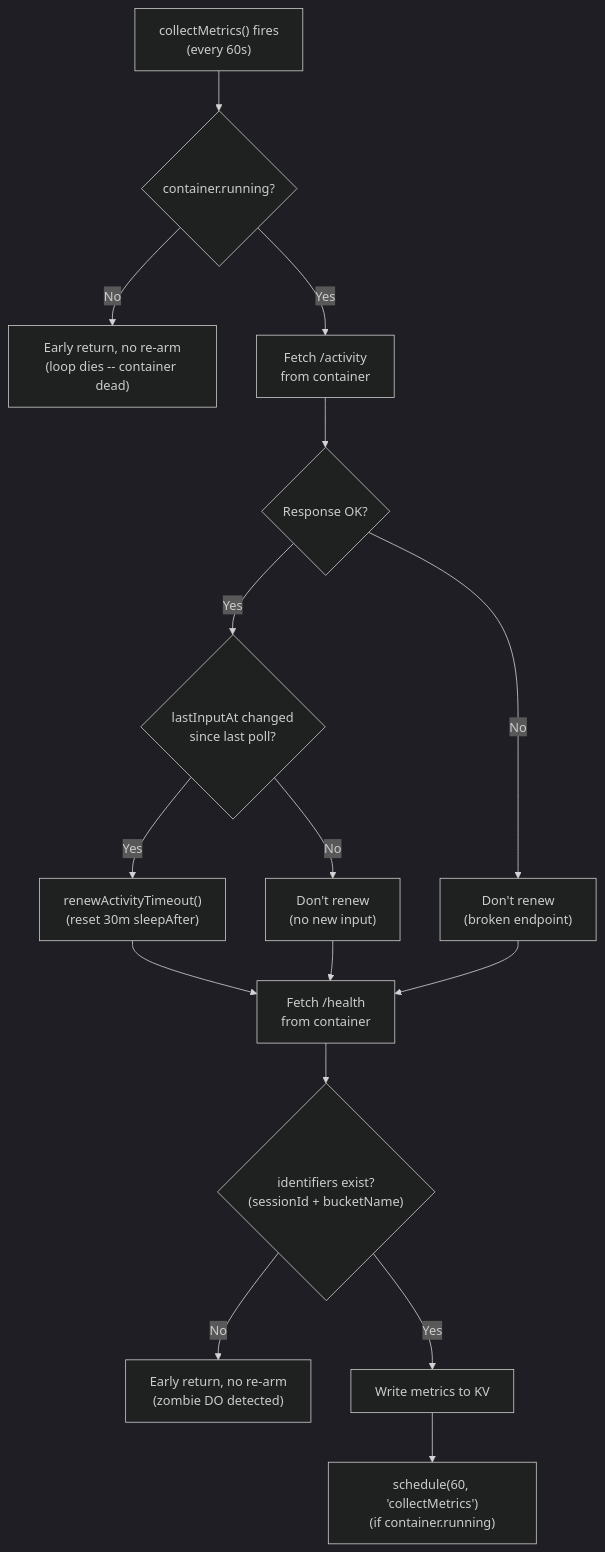
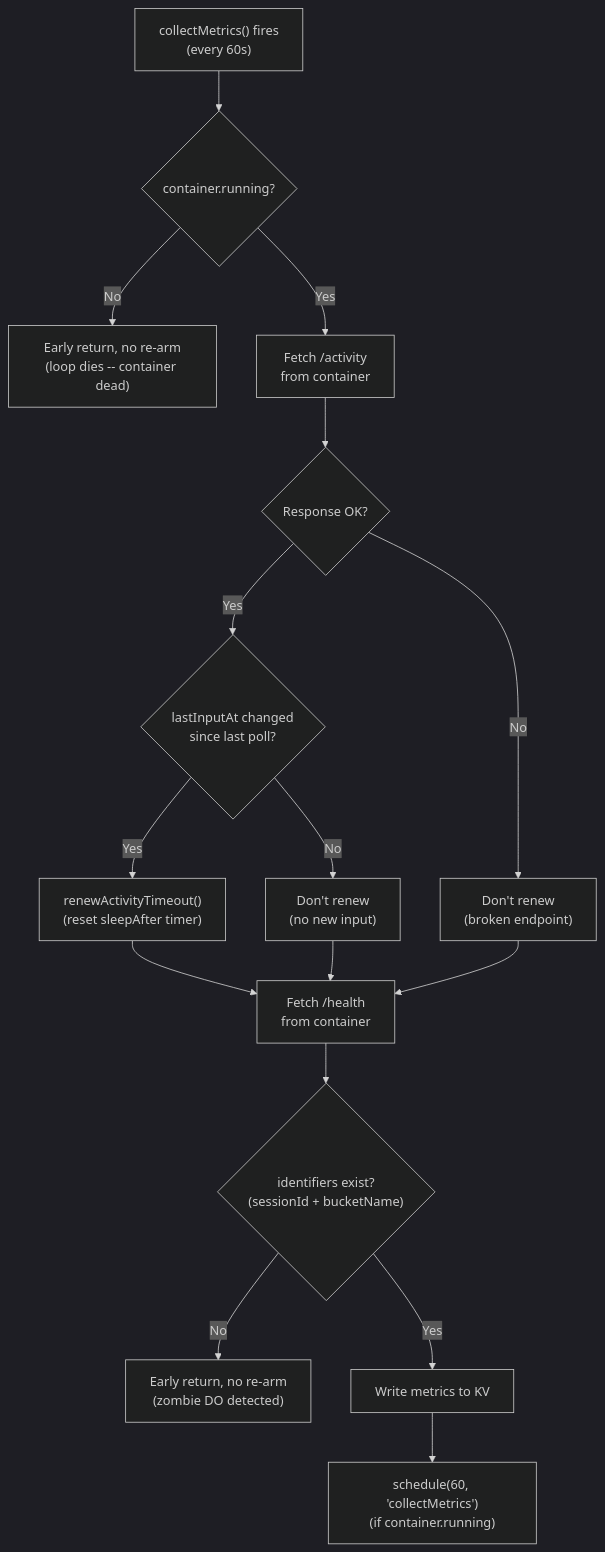
The second of 14 diagrams in TECHNICAL.md (nikolanovoselec/codeflare), drawn with Mermaid (dark theme) before and after one commit. The commit also changed other lines of this file, not shown here.

````diff
--- a/TECHNICAL.md
+++ b/TECHNICAL.md
@@ -129,18 +129,18 @@
 ```mermaid
 flowchart TD
     CM["collectMetrics() fires<br/>(every 60s)"] --> CRunning{"container.running?"}
     CRunning -->|No| Exit1["Early return, no re-arm<br/>(loop dies -- container dead)"]
     CRunning -->|Yes| FetchAct["Fetch /activity<br/>from container"]
     FetchAct --> ActOK{"Response OK?"}
     ActOK -->|No| NoRenewErr["Don't renew<br/>(broken endpoint)"]
     ActOK -->|Yes| InputChanged{"lastInputAt changed<br/>since last poll?"}
-    InputChanged -->|Yes| Renew["renewActivityTimeout()<br/>(reset 30m sleepAfter)"]
+    InputChanged -->|Yes| Renew["renewActivityTimeout()<br/>(reset sleepAfter timer)"]
     InputChanged -->|No| NoRenew["Don't renew<br/>(no new input)"]
     Renew --> FetchHealth["Fetch /health<br/>from container"]
     NoRenew --> FetchHealth
     NoRenewErr --> FetchHealth
     FetchHealth --> IDs{"identifiers exist?<br/>(sessionId + bucketName)"}
     IDs -->|No| Exit2["Early return, no re-arm<br/>(zombie DO detected)"]
     IDs -->|Yes| WriteKV["Write metrics to KV"]
     WriteKV --> ReArm["schedule(60, 'collectMetrics')<br/>(if container.running)"]
 ```
````
